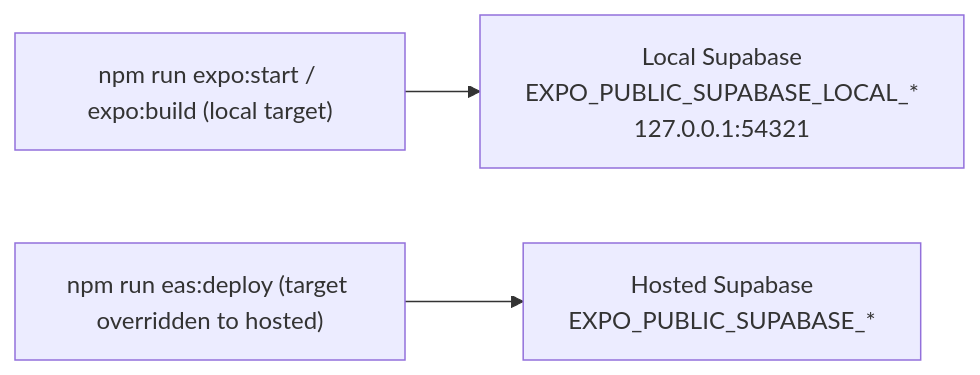
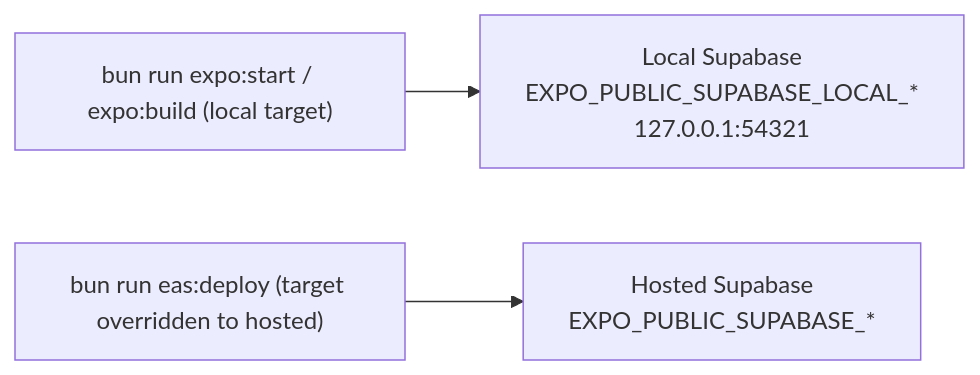
The fourth of 4 diagrams in CONTRIBUTING.md (yuriusuonly/paku-paku), drawn with Mermaid before and after one commit. The commit also changed other lines of this file and 83 other files, not shown here.

````diff
--- a/CONTRIBUTING.md
+++ b/CONTRIBUTING.md
@@ -154,5 +210,5 @@
 ```mermaid
 flowchart LR
-  D["npm run expo:start / expo:build (local target)"] --> L["Local Supabase<br/>EXPO_PUBLIC_SUPABASE_LOCAL_*<br/>127.0.0.1:54321"]
-  P["npm run eas:deploy (target overridden to hosted)"] --> H["Hosted Supabase<br/>EXPO_PUBLIC_SUPABASE_*"]
+  D["bun run expo:start / expo:build (local target)"] --> L["Local Supabase<br/>EXPO_PUBLIC_SUPABASE_LOCAL_*<br/>127.0.0.1:54321"]
+  P["bun run eas:deploy (target overridden to hosted)"] --> H["Hosted Supabase<br/>EXPO_PUBLIC_SUPABASE_*"]
 ```
````
